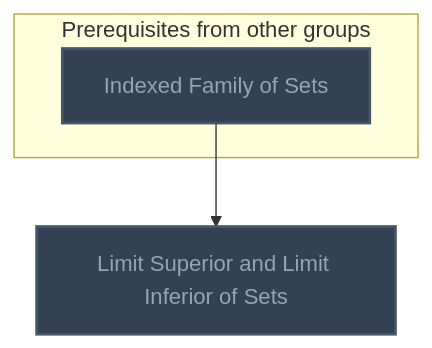
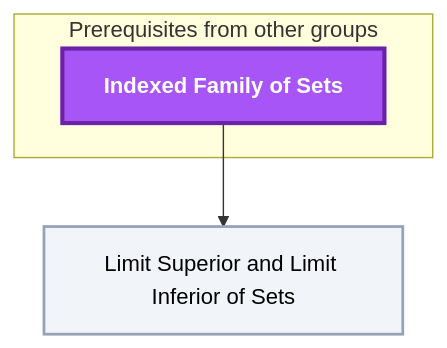
The first of 13 diagrams in Gamification/Skill Trees/Measure Theory.md (MRauf1/My-Notes), drawn with Mermaid before and after one commit. The commit also changed other lines of this file and 145 other files, not shown here.

````diff
--- a/Gamification/Skill Trees/Measure Theory.md
+++ b/Gamification/Skill Trees/Measure Theory.md
@@ -17,19 +17,20 @@
 ```mermaid
 flowchart TD
     classDef planned fill:#1E293B,stroke:#64748B,stroke-width:2px,stroke-dasharray:5 5,color:#94A3B8;
     classDef locked fill:#334155,stroke:#475569,stroke-width:2px,color:#94A3B8;
     classDef L0 fill:#F1F5F9,stroke:#94A3B8,stroke-width:2px,color:#000000;
     classDef L1 fill:#22C55E,stroke:#15803D,stroke-width:2px,color:#000000;
     classDef L2 fill:#3B82F6,stroke:#1D4ED8,stroke-width:3px,color:#FFFFFF;
     classDef L3 fill:#A855F7,stroke:#6B21A8,stroke-width:3px,color:#FFFFFF,font-weight:bold;
     classDef L4 fill:#F97316,stroke:#C2410C,stroke-width:4px,color:#000000,font-weight:bold;
     classDef L5 fill:#FFD700,stroke:#FF8C00,stroke-width:5px,color:#000000,font-weight:bold;
     classDef rusty stroke:#8B4513,stroke-width:4px,stroke-dasharray:3 3;
     subgraph sg_prereqs["Prerequisites from other groups"]
         n_indexed_family_of_sets["Indexed Family of Sets"]
     end
     n_limit_superior_and_limit_inferior_of_sets["Limit Superior and Limit Inferior of Sets"]
     n_indexed_family_of_sets --> n_limit_superior_and_limit_inferior_of_sets
-    class n_indexed_family_of_sets,n_limit_superior_and_limit_inferior_of_sets locked;
+    class n_limit_superior_and_limit_inferior_of_sets L0;
+    class n_indexed_family_of_sets L3;
     class n_indexed_family_of_sets,n_limit_superior_and_limit_inferior_of_sets internal-link;
 ```
````
